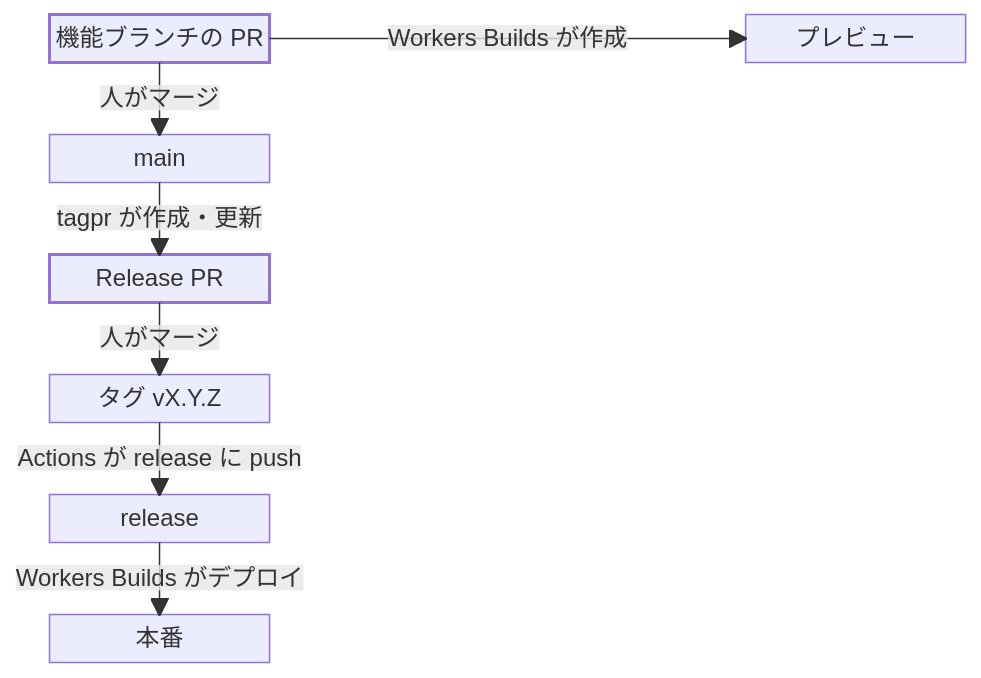
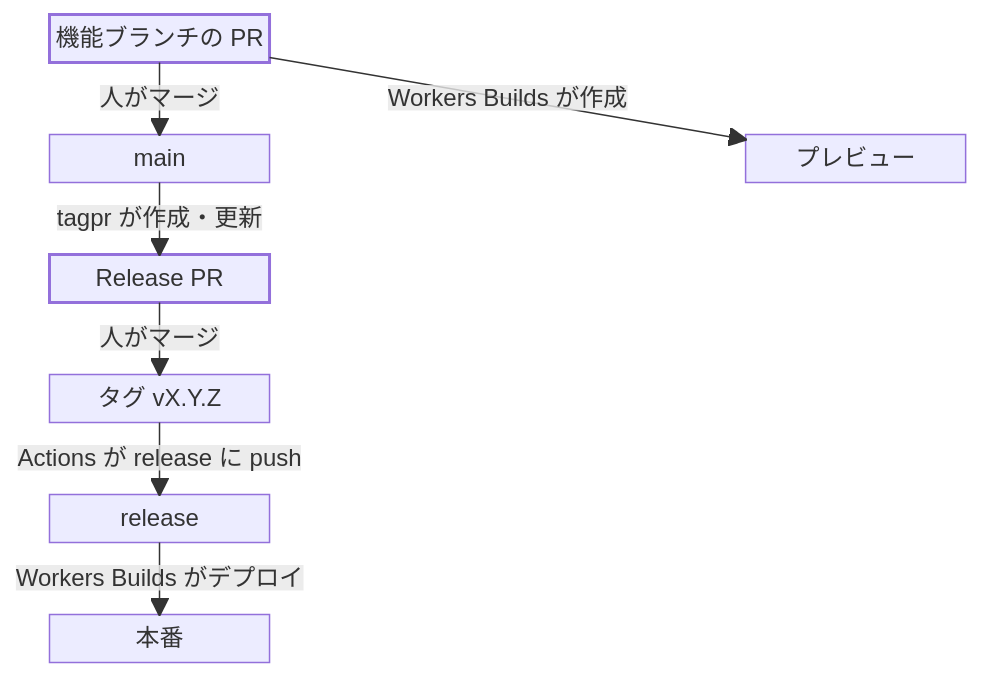
Before and after one commit to kfly8/notes: the diagram in notes/tagpr-workers-builds-release-flow.md, drawn with Mermaid. The commit also changed 1 other file, not shown here.

Commit message:
プレビューへの矢印を折れ線にして上から下への流れにそろえる
block-beta の block.curve は効かず、flowchart.curve が使われるので、図の frontmatter で
flowchart.curve: stepAfter を指定する。

````diff
--- a/notes/tagpr-workers-builds-release-flow.md
+++ b/notes/tagpr-workers-builds-release-flow.md
@@ -19,23 +19,28 @@
 ```mermaid
+---
+config:
+  flowchart:
+    curve: stepAfter
+---
 block-beta
   columns 4
-  feat["機能ブランチの PR"] space:2 pv["プレビュー"]
+  feat["機能ブランチの PR"] space:3
   space:4
-  main["main"] space:3
+  main["main"] space:2 pv["プレビュー"]
   space:4
   rpr["Release PR"] space:3
   space:4
   tag["タグ vX.Y.Z"] space:3
   space:4
   rel["release"] space:3
   space:4
   prod["本番"] space:3
   feat -- "Workers Builds が作成" --> pv
   feat -- "人がマージ" --> main
   main -- "tagpr が作成・更新" --> rpr
   rpr -- "人がマージ" --> tag
   tag -- "Actions が release に push" --> rel
   rel -- "Workers Builds がデプロイ" --> prod
   classDef accent stroke-width:2px
   class feat,rpr accent
 ```
````
